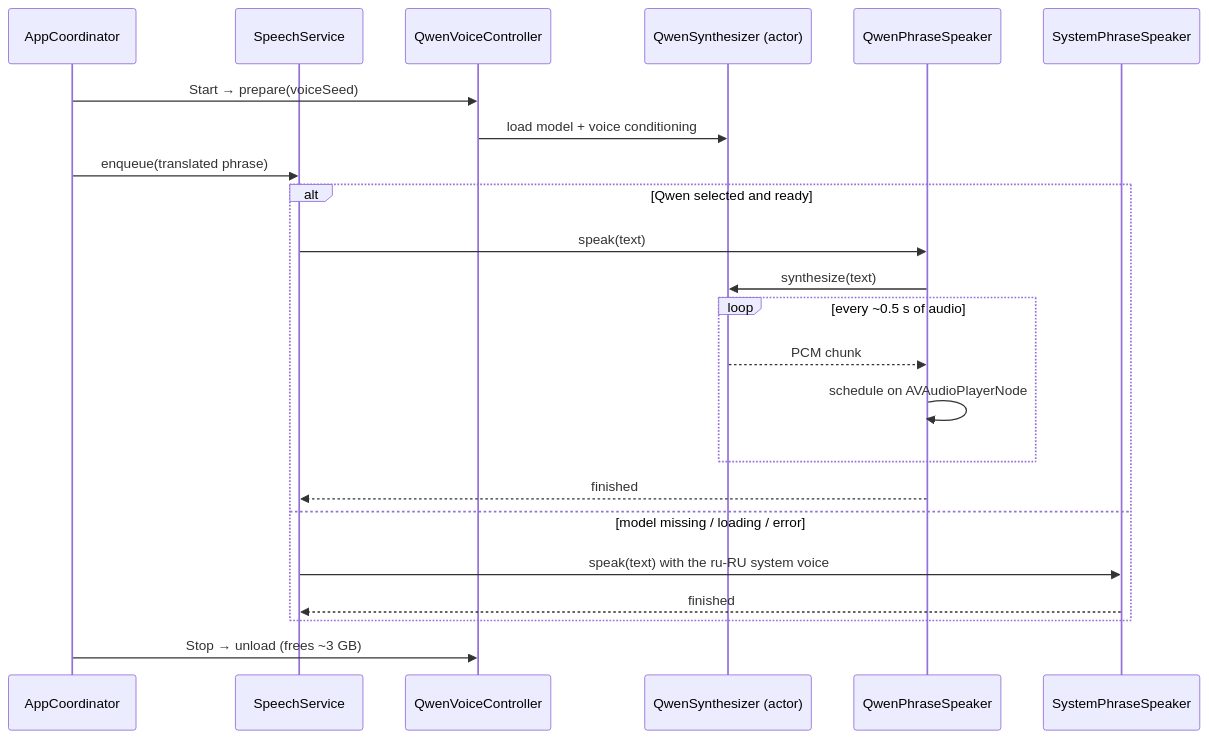
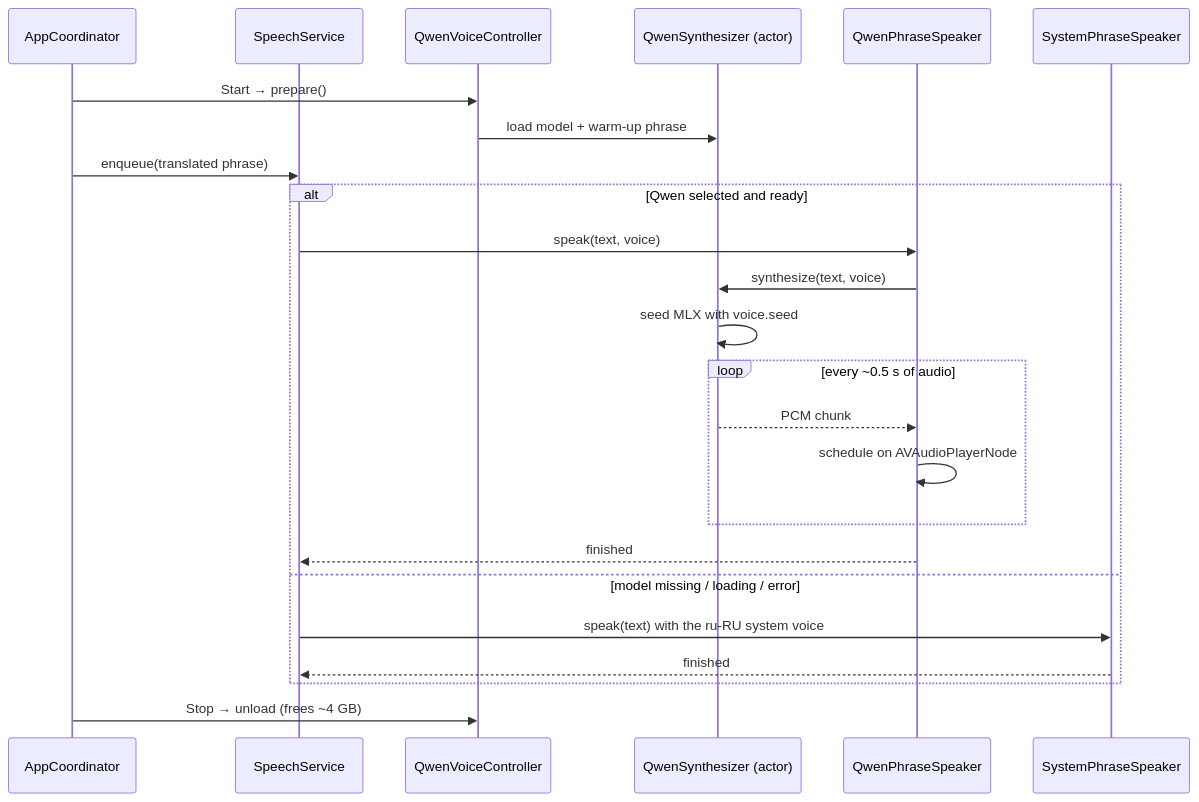
Before and after one commit to andrew-ignatiev/screen-voice: the third of 5 diagrams in README.md, drawn with Mermaid. The commit also changed other lines of this file and 14 other files, not shown here.

````diff
--- a/README.md
+++ b/README.md
@@ -201,26 +206,27 @@
 ```mermaid
 sequenceDiagram
     participant C as AppCoordinator
     participant S as SpeechService
     participant Q as QwenVoiceController
     participant N as QwenSynthesizer (actor)
     participant P as QwenPhraseSpeaker
     participant Y as SystemPhraseSpeaker
 
-    C->>Q: Start → prepare(voiceSeed)
-    Q->>N: load model + voice conditioning
+    C->>Q: Start → prepare()
+    Q->>N: load model + warm-up phrase
     C->>S: enqueue(translated phrase)
     alt Qwen selected and ready
-        S->>P: speak(text)
-        P->>N: synthesize(text)
+        S->>P: speak(text, voice)
+        P->>N: synthesize(text, voice)
+        N->>N: seed MLX with voice.seed
         loop every ~0.5 s of audio
             N-->>P: PCM chunk
             P->>P: schedule on AVAudioPlayerNode
         end
         P-->>S: finished
     else model missing / loading / error
         S->>Y: speak(text) with the ru-RU system voice
         Y-->>S: finished
     end
-    C->>Q: Stop → unload (frees ~3 GB)
+    C->>Q: Stop → unload (frees ~4 GB)
 ```
````
